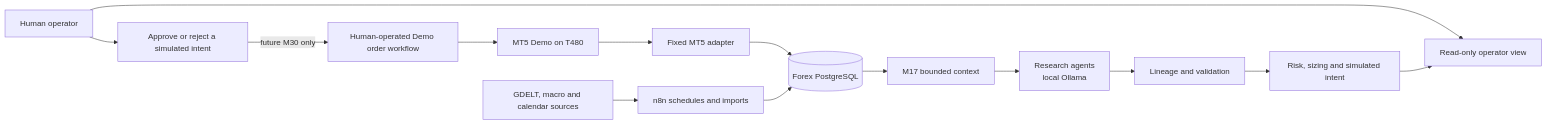
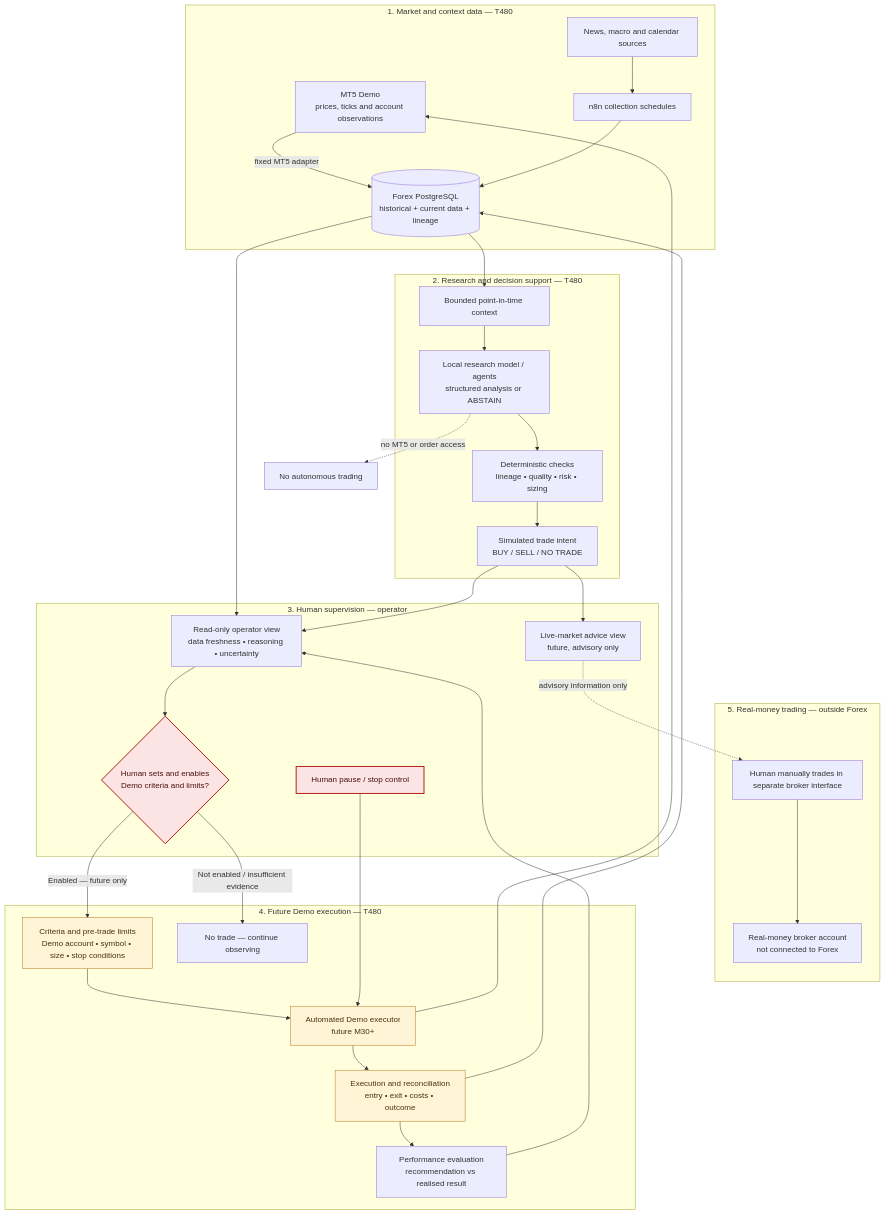
One commit to successbycs/forex changed the diagram in docs/future_user_journey_architecture.md. Above: the diagram before and after it, drawn with Mermaid. The commit also changed other lines of this file and 12 other files, not shown here.

Commit message:
Implement controlled M18 Ollama research probe

````diff
--- a/docs/future_user_journey_architecture.md
+++ b/docs/future_user_journey_architecture.md
@@ -50,16 +61,55 @@
 ```mermaid
-flowchart LR
-  U[Human operator] --> V[Read-only operator view]
-  U --> A[Approve or reject a simulated intent]
-  MT5[MT5 Demo on T480] --> P[Fixed MT5 adapter]
-  P --> DB[(Forex PostgreSQL)]
-  N[n8n schedules and imports] --> DB
-  G[GDELT, macro and calendar sources] --> N
-  DB --> C[M17 bounded context]
-  C --> R[Research agents\nlocal Ollama]
-  R --> L[Lineage and validation]
-  L --> S[Risk, sizing and simulated intent]
-  S --> V
-  A -->|future M30 only| H[Human-operated Demo order workflow]
-  H --> MT5
+flowchart TB
+  subgraph data[1. Market and context data — T480]
+    MT5[MT5 Demo\nprices, ticks and account observations]
+    EXT[News, macro and calendar sources]
+    N8N[n8n collection schedules]
+    DB[(Forex PostgreSQL\nhistorical + current data + lineage)]
+    MT5 -->|fixed MT5 adapter| DB
+    EXT --> N8N --> DB
+  end
+
+  subgraph research[2. Research and decision support — T480]
+    CTX[Bounded point-in-time context]
+    AGENT[Local research model / agents\nstructured analysis or ABSTAIN]
+    CHECKS[Deterministic checks\nlineage • quality • risk • sizing]
+    INTENT[Simulated trade intent\nBUY / SELL / NO TRADE]
+    DB --> CTX --> AGENT --> CHECKS --> INTENT
+  end
+
+  subgraph operator[3. Human supervision — operator]
+    VIEW[Read-only operator view\ndata freshness • reasoning • uncertainty]
+    RULES{Human sets and enables\nDemo criteria and limits?}
+    STOP[Human pause / stop control]
+    LIVEADVICE[Live-market advice view\nfuture, advisory only]
+    DB --> VIEW
+    INTENT --> VIEW --> RULES
+    INTENT --> LIVEADVICE
+  end
+
+  subgraph outside[5. Real-money trading — outside Forex]
+    HUMANLIVE[Human manually trades in separate broker interface]
+    REAL[Real-money broker account\nnot connected to Forex]
+    HUMANLIVE --> REAL
+    LIVEADVICE -. advisory information only .-> HUMANLIVE
+  end
+
+  subgraph execution[4. Future Demo execution — T480]
+    PRE[Criteria and pre-trade limits\nDemo account • symbol • size • stop conditions]
+    ACTION[Automated Demo executor\nfuture M30+]
+    RESULT[Execution and reconciliation\nentry • exit • costs • outcome]
+    SCORE[Performance evaluation\nrecommendation vs realised result]
+    RULES -->|Enabled — future only| PRE --> ACTION --> MT5
+    ACTION --> RESULT --> DB
+    RESULT --> SCORE --> VIEW
+    RULES -->|Not enabled / insufficient evidence| WAIT[No trade — continue observing]
+    STOP --> ACTION
+  end
+
+  AGENT -. no MT5 or order access .-> BLOCK[No autonomous trading]
+
+  classDef human fill:#fce4e4,stroke:#b42318,color:#4a1111,stroke-width:2px;
+  classDef future fill:#fff4d6,stroke:#b7791f,color:#4a3410;
+  class RULES,STOP human;
+  class PRE,ACTION,RESULT future;
 ```
````
